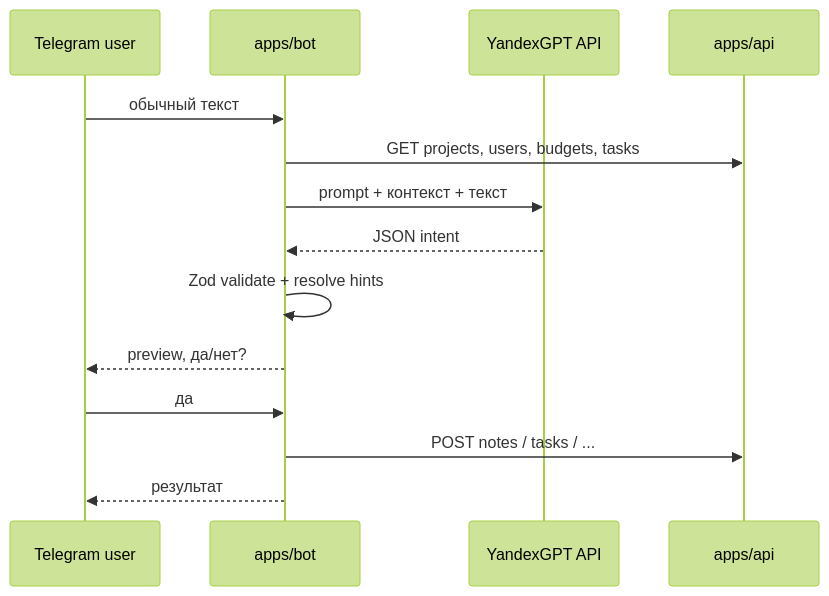
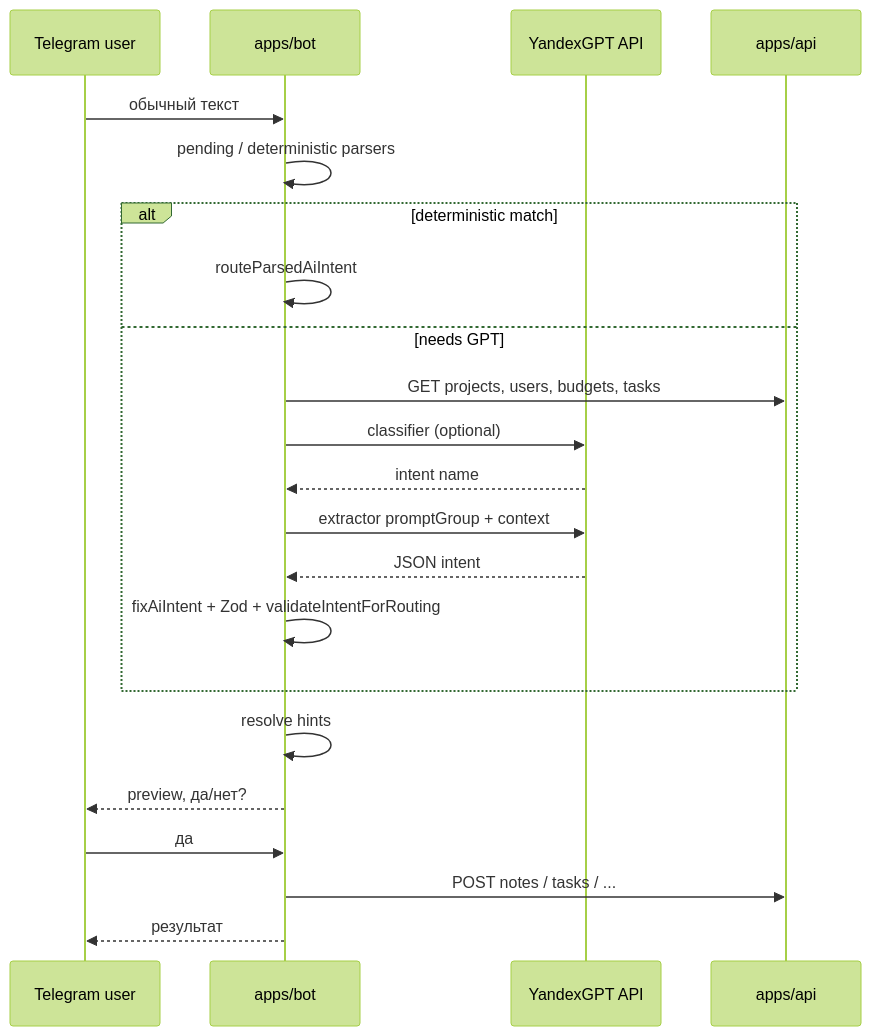
The diagram in docs/ai-intent.md (R1ankeel/neportal), drawn with Mermaid (forest theme) before and after one commit. The commit also changed other lines of this file and 11 other files, not shown here.

````diff
--- a/docs/ai-intent.md
+++ b/docs/ai-intent.md
@@ -7,17 +13,25 @@
 ```mermaid
 sequenceDiagram
   participant U as Telegram user
   participant B as apps/bot
   participant Y as YandexGPT API
   participant A as apps/api
 
   U->>B: обычный текст
-  B->>A: GET projects, users, budgets, tasks
-  B->>Y: prompt + контекст + текст
-  Y-->>B: JSON intent
-  B->>B: Zod validate + resolve hints
+  B->>B: pending / deterministic parsers
+  alt deterministic match
+    B->>B: routeParsedAiIntent
+  else needs GPT
+    B->>A: GET projects, users, budgets, tasks
+    B->>Y: classifier (optional)
+    Y-->>B: intent name
+    B->>Y: extractor promptGroup + context
+    Y-->>B: JSON intent
+    B->>B: fixAiIntent + Zod + validateIntentForRouting
+  end
+  B->>B: resolve hints
   B-->>U: preview, да/нет?
   U->>B: да
   B->>A: POST notes / tasks / ...
   B-->>U: результат
 ```
````
